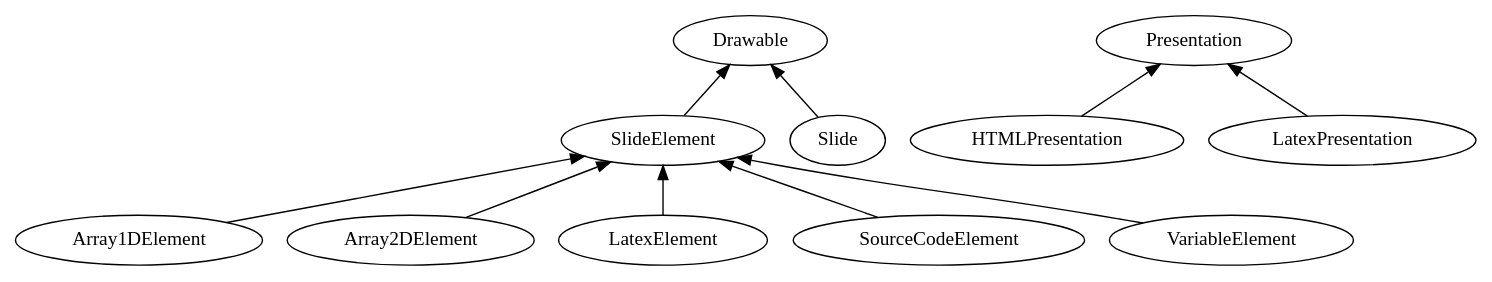
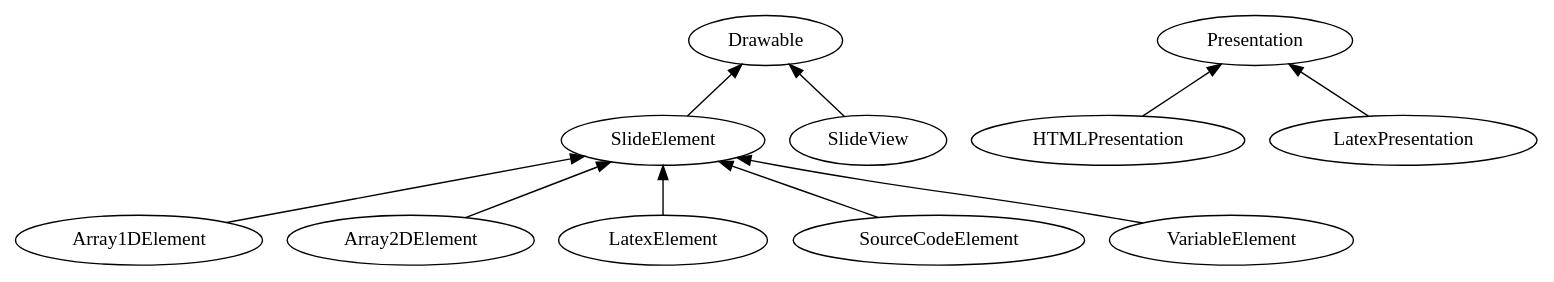
Before and after one commit to varqox/VisuAlgo: the diagram in hierarchy.dot, drawn with Graphviz. The commit also changed 5 other files, not shown here.

Commit message:
Renamed Slide to SlideView

```diff
--- a/hierarchy.dot
+++ b/hierarchy.dot
@@ -1,13 +1,13 @@
 digraph {
 	SlideElement -> Array1DElement [dir=back];
 	SlideElement -> Array2DElement [dir=back];
 	Drawable
 	Presentation -> HTMLPresentation [dir=back];
 	SlideElement -> LatexElement [dir=back];
 	Presentation -> LatexPresentation [dir=back];
 	Presentation
-	Drawable -> Slide [dir=back];
+	Drawable -> SlideView [dir=back];
 	Drawable -> SlideElement [dir=back];
 	SlideElement -> SourceCodeElement [dir=back];
 	SlideElement -> VariableElement [dir=back];
 }
```
